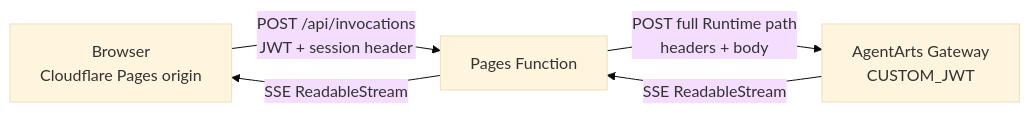
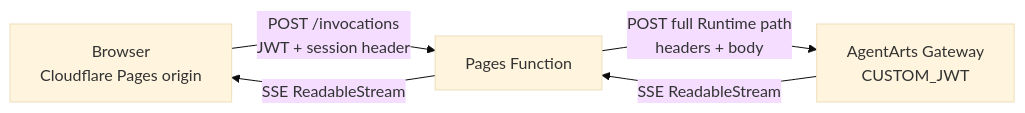
One commit to T-1009/personal-assistant changed the first of 2 diagrams in personal-assistant-meta/architecture/ADR/ADR-017-cloudflare-pages-proxy.md. Above: the diagram before and after it, drawn with Mermaid (base theme). The commit also changed other lines of this file and 15 other files, not shown here.

````diff
--- a/personal-assistant-meta/architecture/ADR/ADR-017-cloudflare-pages-proxy.md
+++ b/personal-assistant-meta/architecture/ADR/ADR-017-cloudflare-pages-proxy.md
@@ -21,7 +21,7 @@
 ```mermaid
 flowchart LR
-    Browser["Browser<br/>Cloudflare Pages origin"] -->|"POST /api/invocations<br/>JWT + session header"| Function["Pages Function"]
+    Browser["Browser<br/>Cloudflare Pages origin"] -->|"POST /invocations<br/>JWT + session header"| Function["Pages Function"]
     Function -->|"POST full Runtime path<br/>headers + body"| Gateway["AgentArts Gateway<br/>CUSTOM_JWT"]
     Gateway -->|"SSE ReadableStream"| Function
     Function -->|"SSE ReadableStream"| Browser
 ```
````
